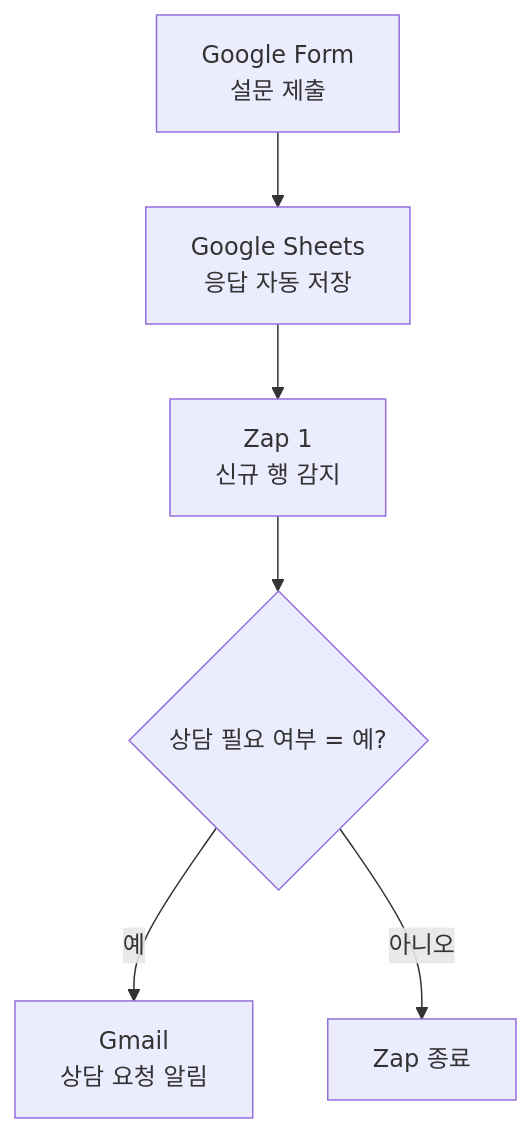
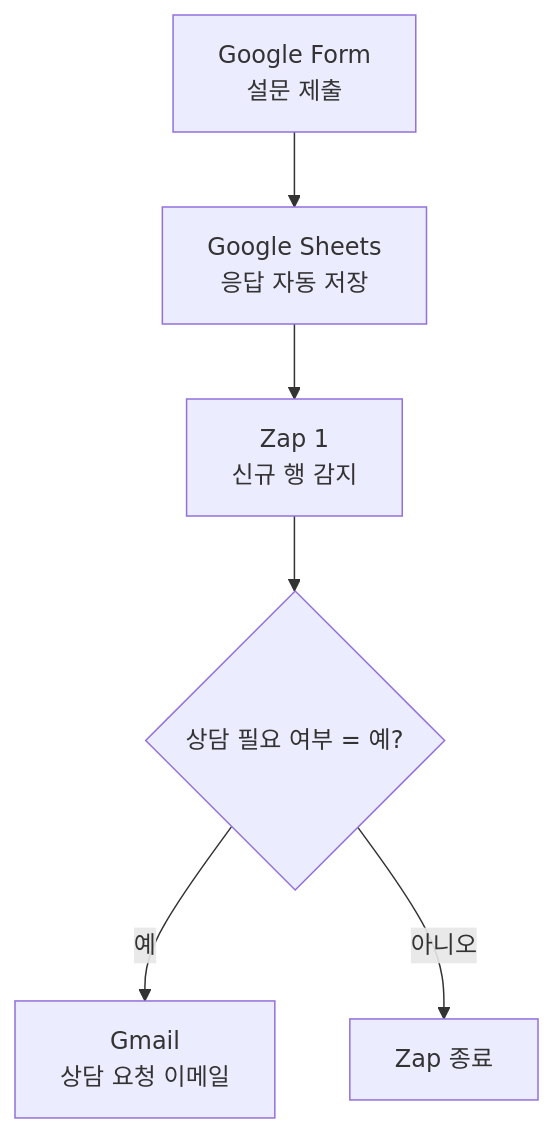
One commit to jjjoy1114/codyssey_ai_native changed the second of 4 diagrams in project-03/README.md. Above: the diagram before and after it, drawn with Mermaid. The commit also changed other lines of this file, not shown here.

Commit message:
flowchart 최종 자동화 구조로 교체

````diff
--- a/project-03/README.md
+++ b/project-03/README.md
@@ -150,8 +154,9 @@
 ```mermaid
 flowchart TD
     A["Google Form<br/>설문 제출"] --> B["Google Sheets<br/>응답 자동 저장"]
     B --> C["Zap 1<br/>신규 행 감지"]
     C --> D{"상담 필요 여부 = 예?"}
-    D -->|"예"| E["Gmail<br/>상담 요청 알림"]
+
+    D -->|"예"| E["Gmail<br/>상담 요청 이메일"]
     D -->|"아니오"| F["Zap 종료"]
 ```
````
